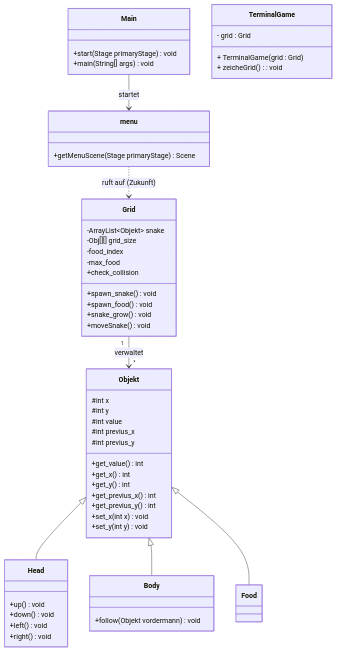
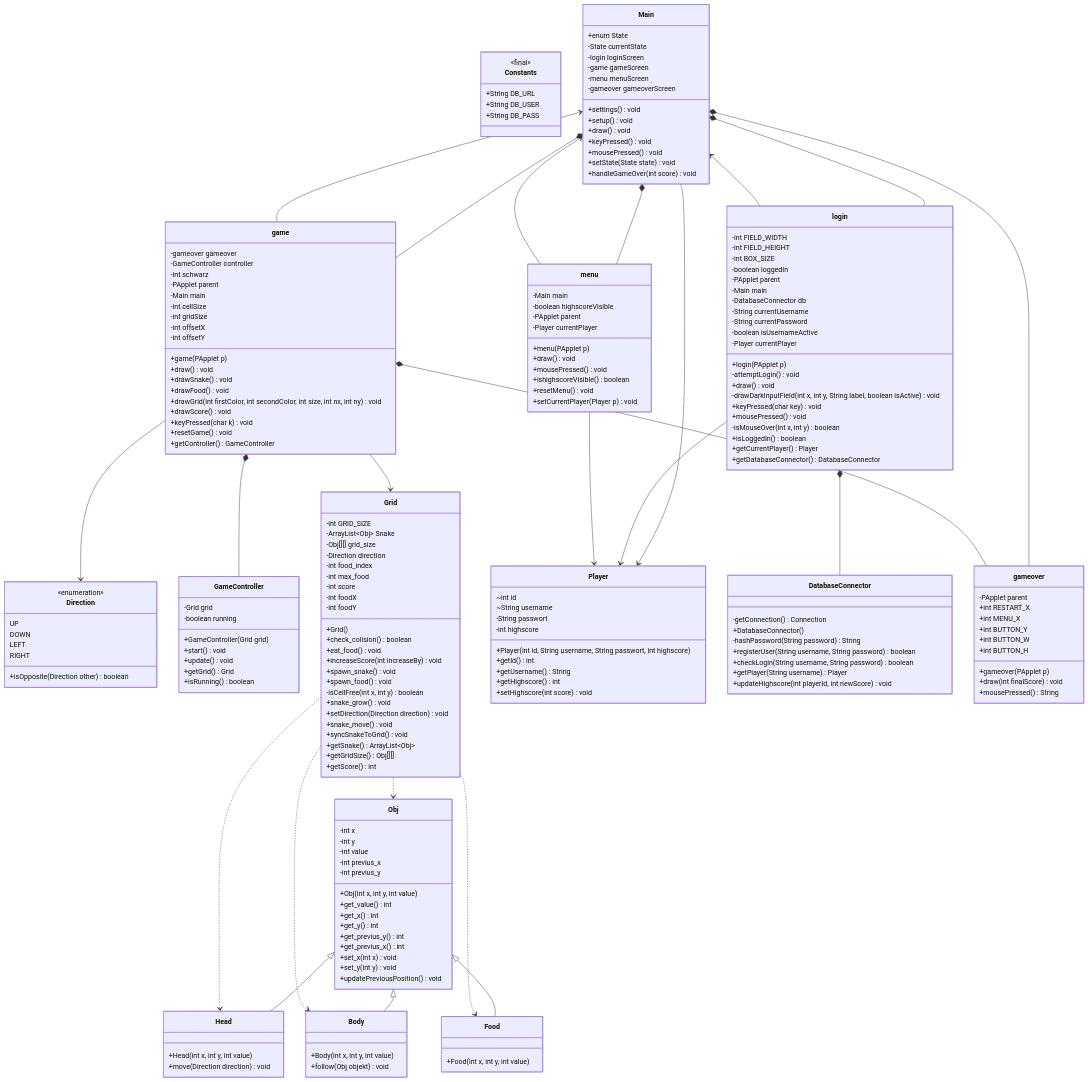
The third of 3 diagrams in docs/ARCHITECTURE.md (Filipprul/TG12_filrul_sofdom_andspa), drawn with Mermaid before and after one commit. The commit also changed other lines of this file, not shown here.

Commit message:
Refactor architecture documentation; update sequence diagrams for player login and highscore display, enhance UML class diagram, and improve overall structure

````diff
--- a/docs/ARCHITECTURE.md
+++ b/docs/ARCHITECTURE.md
@@ -11,71 +83,230 @@
 ```mermaid
 classDiagram
-    %% Vererbungshierarchie (game.objects)
-    class Objekt {
-        #int x
-        #int y
-        #int value
-        #int previus_x
-        #int previus_y
+    %% Core
+    class Constants {
+        <<final>>
+        +String DB_URL
+        +String DB_USER
+        +String DB_PASS
+    }
+
+    class Direction {
+        <<enumeration>>
+        UP
+        DOWN
+        LEFT
+        RIGHT
+        +isOpposite(Direction other) boolean
+    }
+
+    class GameController {
+        -Grid grid
+        -boolean running
+        +GameController(Grid grid)
+        +start() void
+        +update() void
+        +getGrid() Grid
+        +isRunning() boolean
+    }
+
+    class Grid {
+        -int GRID_SIZE
+        -ArrayList~Obj~ Snake
+        -Obj[][] grid_size
+        -Direction direction
+        -int food_index
+        -int max_food
+        -int score
+        -int foodX
+        -int foodY
+        +Grid()
+        +check_colision() boolean
+        +eat_food() void
+        +increaseScore(int increaseBy) void
+        +spawn_snake() void
+        +spawn_food() void
+        -isCellFree(int x, int y) boolean
+        +snake_grow() void
+        +setDirection(Direction direction) void
+        +snake_move() void
+        +syncSnakeToGrid() void
+        +getSnake() ArrayList~Obj~
+        +getGridSize() Obj[][]
+        +getScore() int
+    }
+
+    %% Objects
+    class Obj {
+        -int x
+        -int y
+        -int value
+        -int previus_x
+        -int previus_y
+        +Obj(int x, int y, int value)
         +get_value() int
         +get_x() int
         +get_y() int
+        +get_previus_y() int
         +get_previus_x() int
-        +get_previus_y() int
         +set_x(int x) void
         +set_y(int y) void
+        +updatePreviousPosition() void
     }
 
     class Head {
-        +up() void
-        +down() void
-        +left() void
-        +right() void
+        +Head(int x, int y, int value)
+        +move(Direction direction) void
     }
 
     class Body {
-        +follow(Objekt vordermann) void
+        +Body(int x, int y, int value)
+        +follow(Obj objekt) void
     }
 
     class Food {
+        +Food(int x, int y, int value)
     }
 
-    Objekt <|-- Head
-    Objekt <|-- Body
-    Objekt <|-- Food
-
-    %% Kernlogik und Verwaltung (game.core)
-    class Grid {
-        -ArrayList~Objekt~ snake
-        -Obj[][] grid_size
-        -food_index
-        -max_food
-        +check_collision
-
-        +spawn_snake() void
-        +spawn_food() void
-        +snake_grow() void
-        +moveSnake() void
+    class Player {
+        ~int id
+        ~String username
+        -String passwort
+        -int highscore
+        +Player(int id, String username, String passwort, int highscore)
+        +getId() int
+        +getUsername() String
+        +getHighscore() int
+        +setHighscore(int score) void
     }
 
-    Grid "1" --> "*" Objekt : verwaltet
-
-    %% Menü und App-Start (menu / src)
-    class menu {
-        +getMenuScene(Stage primaryStage) Scene
+    %% View (Ausschnitt)
+    class Main {
+        +enum State
+        -State currentState
+        -login loginScreen
+        -game gameScreen
+        -menu menuScreen
+        -gameover gameoverScreen
+        +settings() void
+        +setup() void
+        +draw() void
+        +keyPressed() void
+        +mousePressed() void
+        +setState(State state) void
+        +handleGameOver(int score) void
     }
 
-    class Main {
-        +start(Stage primaryStage) void
-        +main(String[] args) void
+    class DatabaseConnector {
+        -getConnection() Connection
+        +DatabaseConnector()
+        -hashPassword(String password) String
+        +registerUser(String username, String password) boolean
+        +checkLogin(String username, String password) boolean
+        +getPlayer(String username) Player
+        +updateHighscore(int playerId, int newScore) void
     }
 
-    class TerminalGame {
-        - grid : Grid
-        + TerminalGame(grid : Grid)
-        + zeicheGrid() : void
+    class login {
+        -int FIELD_WIDTH
+        -int FIELD_HEIGHT
+        -int BOX_SIZE
+        -boolean loggedIn
+        -PApplet parent
+        -Main main
+        -DatabaseConnector db
+        -String currentUsername
+        -String currentPassword
+        -boolean isUsernameActive
+        -Player currentPlayer
+        +login(PApplet p)
+        -attemptLogin() void
+        +draw() void
+        -drawDarkInputField(int x, int y, String label, boolean isActive) void
+        +keyPressed(char key) void
+        +mousePressed() void
+        -isMouseOver(int x, int y) boolean
+        +isLoggedIn() boolean
+        +getCurrentPlayer() Player
+        +getDatabaseConnector() DatabaseConnector
     }
 
-    Main --> menu : startet
-    menu ..> Grid : ruft auf (Zukunft)
+    class menu {
+        -Main main
+        -boolean highscoreVisible
+        -PApplet parent
+        -Player currentPlayer
+        +menu(PApplet p)
+        +draw() void
+        +mousePressed() void
+        +ishighscoreVisible() boolean
+        +resetMenu() void
+        +setCurrentPlayer(Player p) void
+    }
+
+    class game {
+        -gameover gameover
+        -GameController controller
+        -int schwarz
+        -PApplet parent
+        -Main main
+        -int cellSize
+        -int gridSize
+        -int offsetX
+        -int offsetY
+        +game(PApplet p)
+        +draw() void
+        +drawSnake() void
+        +drawFood() void
+        +drawGrid(int firstColor, int secondColor, int size, int nx, int ny) void
+        +drawScore() void
+        +keyPressed(char k) void
+        +resetGame() void
+        +getController() GameController
+    }
+
+    class gameover {
+        -PApplet parent
+        +int RESTART_X
+        +int MENU_X
+        +int BUTTON_Y
+        +int BUTTON_W
+        +int BUTTON_H
+        +gameover(PApplet p)
+        +draw(int finalScore) void
+        +mousePressed() String
+    }
+
+    %% Vererbungsstruktur
+    Obj <|-- Head
+    Obj <|-- Body
+    Obj <|-- Food
+
+    %% Obj
+    Grid ..> Obj
+    Grid ..> Head
+    Grid ..> Food
+    Grid ..> Body
+
+    %% Grid
+    Main --> Player
+    Main *-- login
+    Main *-- menu
+    Main *-- game
+    Main *-- gameover
+
+    %% game
+    game *-- gameover
+    game *-- GameController
+    game --> Main
+    game --> Direction
+    game --> Grid
+
+    %% login
+    login *-- DatabaseConnector
+    login --> Main
+    login --> Player
+
+    %% menu
+    menu --> Main
+    menu --> Player
 ```
````
